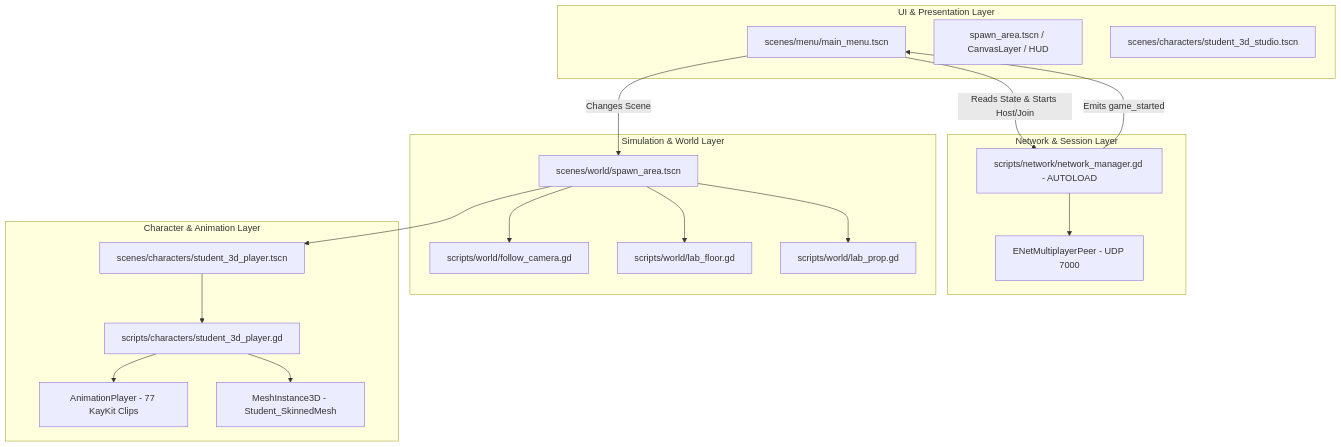
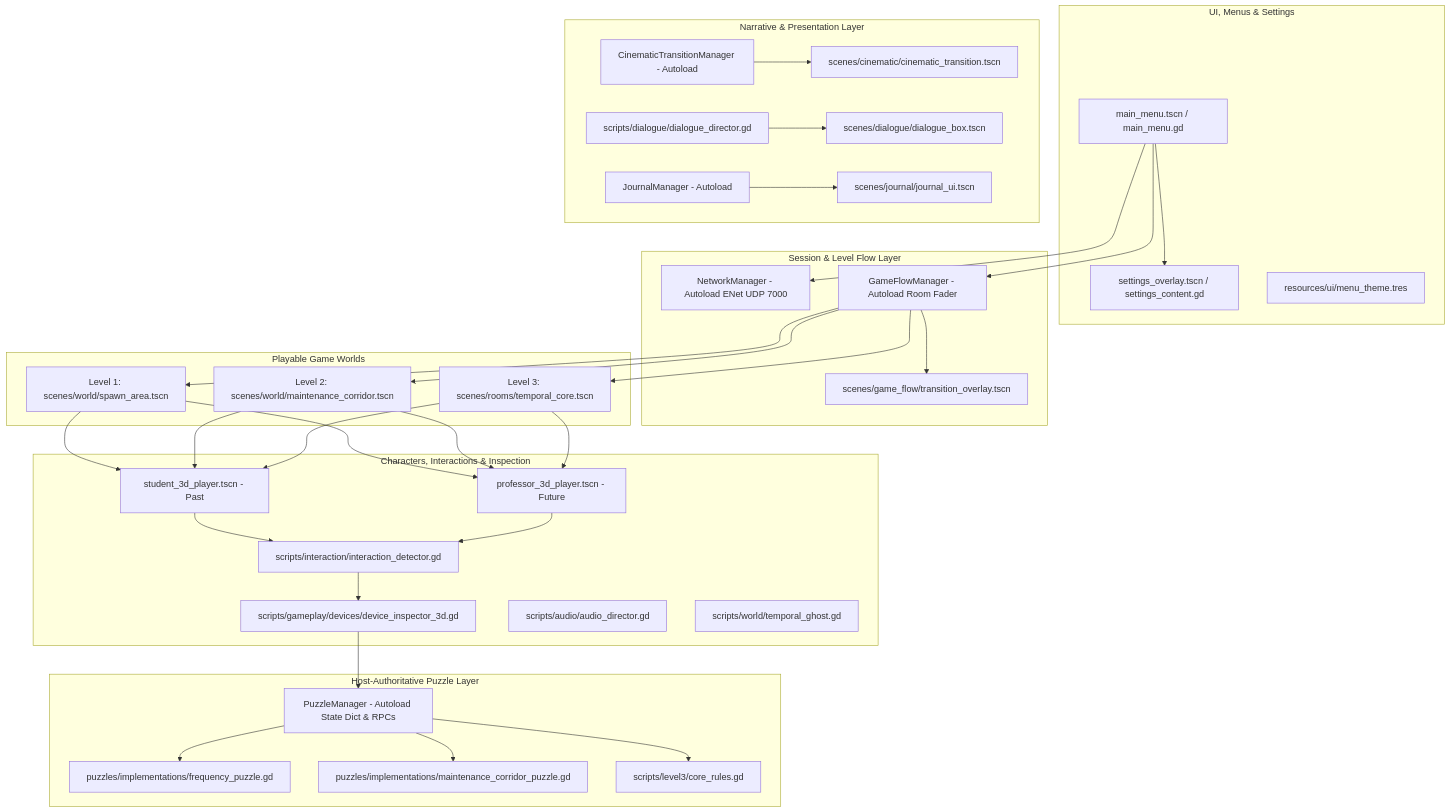
Before and after one commit to hussainhht/Past-Future: the diagram in PROJECT_CONTEXT/02_PROJECT_ARCHITECTURE.md, drawn with Mermaid. The commit also changed other lines of this file and 25 other files, not shown here.

````diff
--- a/PROJECT_CONTEXT/02_PROJECT_ARCHITECTURE.md
+++ b/PROJECT_CONTEXT/02_PROJECT_ARCHITECTURE.md
@@ -153,39 +171,68 @@
 ```mermaid
 graph TD
-    subgraph UI_Layer [UI & Presentation Layer]
-        MainMenu[scenes/menu/main_menu.tscn]
-        HUD[spawn_area.tscn / CanvasLayer / HUD]
-        Studio[scenes/characters/student_3d_studio.tscn]
+    subgraph UI_Layer [UI, Menus & Settings]
+        MainMenu[main_menu.tscn / main_menu.gd]
+        Settings[settings_overlay.tscn / settings_content.gd]
+        Theme[resources/ui/menu_theme.tres]
+        MainMenu --> Settings
     end
 
-    subgraph Network_Layer [Network & Session Layer]
-        NetworkManager[scripts/network/network_manager.gd - AUTOLOAD]
-        ENetPeer[ENetMultiplayerPeer - UDP 7000]
-        NetworkManager --> ENetPeer
+    subgraph Cinematic_Dialogue [Narrative & Presentation Layer]
+        CinematicMgr[CinematicTransitionManager - Autoload]
+        CinematicOverlay[scenes/cinematic/cinematic_transition.tscn]
+        DialogueDir[scripts/dialogue/dialogue_director.gd]
+        DialogueBox[scenes/dialogue/dialogue_box.tscn]
+        JournalMgr[JournalManager - Autoload]
+        JournalUI[scenes/journal/journal_ui.tscn]
+        CinematicMgr --> CinematicOverlay
+        DialogueDir --> DialogueBox
+        JournalMgr --> JournalUI
     end
 
-    subgraph World_Layer [Simulation & World Layer]
-        SpawnArea[scenes/world/spawn_area.tscn]
-        CameraRig[scripts/world/follow_camera.gd]
-        LabFloor[scripts/world/lab_floor.gd]
-        LabProp[scripts/world/lab_prop.gd]
-        SpawnArea --> CameraRig
-        SpawnArea --> LabFloor
-        SpawnArea --> LabProp
+    subgraph Flow_Network [Session & Level Flow Layer]
+        NetworkManager[NetworkManager - Autoload ENet UDP 7000]
+        GameFlowManager[GameFlowManager - Autoload Room Fader]
+        TransitionOverlay[scenes/game_flow/transition_overlay.tscn]
+        GameFlowManager --> TransitionOverlay
+        MainMenu --> NetworkManager
+        MainMenu --> GameFlowManager
     end
 
-    subgraph Character_Layer [Character & Animation Layer]
-        Player[scenes/characters/student_3d_player.tscn]
-        Controller[scripts/characters/student_3d_player.gd]
-        AnimPlayer[AnimationPlayer - 77 KayKit Clips]
-        SkinnedMesh[MeshInstance3D - Student_SkinnedMesh]
-        Player --> Controller
-        Controller --> AnimPlayer
-        Controller --> SkinnedMesh
+    subgraph Puzzle_Authority [Host-Authoritative Puzzle Layer]
+        PuzzleManager[PuzzleManager - Autoload State Dict & RPCs]
+        FreqPuzzle[puzzles/implementations/frequency_puzzle.gd]
+        MaintPuzzle[puzzles/implementations/maintenance_corridor_puzzle.gd]
+        CoreRules[scripts/level3/core_rules.gd]
+        PuzzleManager --> FreqPuzzle
+        PuzzleManager --> MaintPuzzle
+        PuzzleManager --> CoreRules
     end
 
-    MainMenu -->|Reads State & Starts Host/Join| NetworkManager
-    NetworkManager -->|Emits game_started| MainMenu
-    MainMenu -->|Changes Scene| SpawnArea
-    SpawnArea --> Player
+    subgraph Room_Worlds [Playable Game Worlds]
+        Room1[Level 1: scenes/world/spawn_area.tscn]
+        Room2[Level 2: scenes/world/maintenance_corridor.tscn]
+        Room3[Level 3: scenes/rooms/temporal_core.tscn]
+        GameFlowManager --> Room1
+        GameFlowManager --> Room2
+        GameFlowManager --> Room3
+    end
+
+    subgraph Gameplay_Actors [Characters, Interactions & Inspection]
+        StudentPlayer[student_3d_player.tscn - Past]
+        ProfessorPlayer[professor_3d_player.tscn - Future]
+        InteractionDetector[scripts/interaction/interaction_detector.gd]
+        DeviceInspector[scripts/gameplay/devices/device_inspector_3d.gd]
+        AudioDirector[scripts/audio/audio_director.gd]
+        TemporalGhost[scripts/world/temporal_ghost.gd]
+        Room1 --> StudentPlayer
+        Room1 --> ProfessorPlayer
+        Room2 --> StudentPlayer
+        Room2 --> ProfessorPlayer
+        Room3 --> StudentPlayer
+        Room3 --> ProfessorPlayer
+        StudentPlayer --> InteractionDetector
+        ProfessorPlayer --> InteractionDetector
+        InteractionDetector --> DeviceInspector
+        DeviceInspector --> PuzzleManager
+    end
 ```
````
